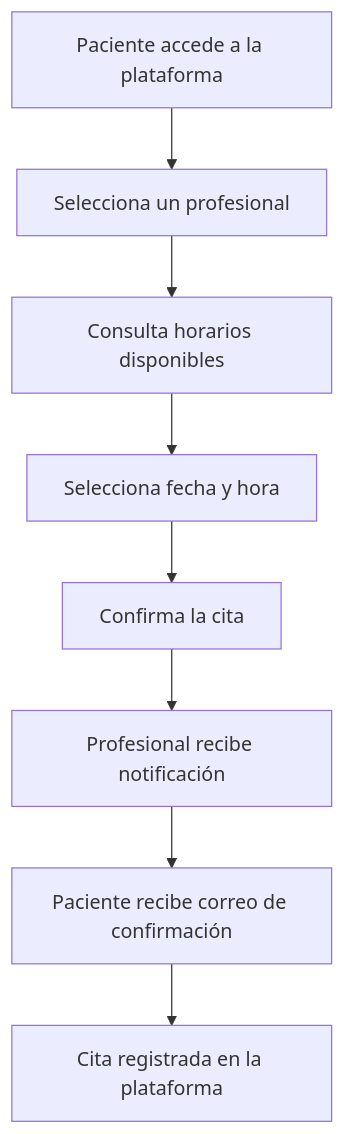
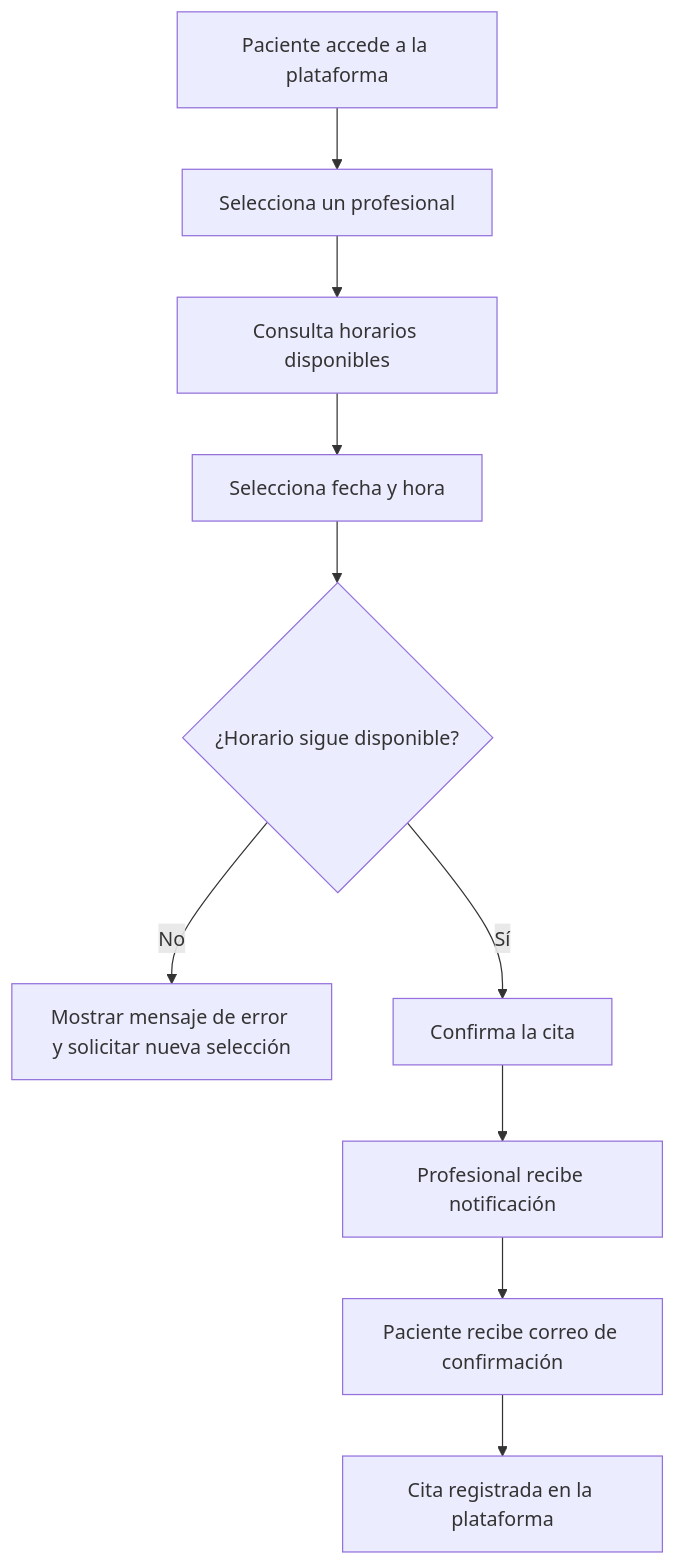
Before and after one commit to Jeferson96/AI4Devs-Final-Project-JDCH: the second of 3 diagrams in Documentation/2-PRD.md, drawn with Mermaid. The commit also changed other lines of this file and 4 other files, not shown here.

````diff
--- a/Documentation/2-PRD.md
+++ b/Documentation/2-PRD.md
@@ -104,10 +110,12 @@
 ```mermaid
 graph TD;
     A[Paciente accede a la plataforma] --> B[Selecciona un profesional];
     B --> C[Consulta horarios disponibles];
     C --> D[Selecciona fecha y hora];
-    D --> E[Confirma la cita];
-    E --> F[Profesional recibe notificación];
-    F --> G[Paciente recibe correo de confirmación];
-    G --> H[Cita registrada en la plataforma];
+    D --> E{¿Horario sigue disponible?};
+    E -- No --> F[Mostrar mensaje de error y solicitar nueva selección];
+    E -- Sí --> G[Confirma la cita];
+    G --> H[Profesional recibe notificación];
+    H --> I[Paciente recibe correo de confirmación];
+    I --> J[Cita registrada en la plataforma];
 ```
````
